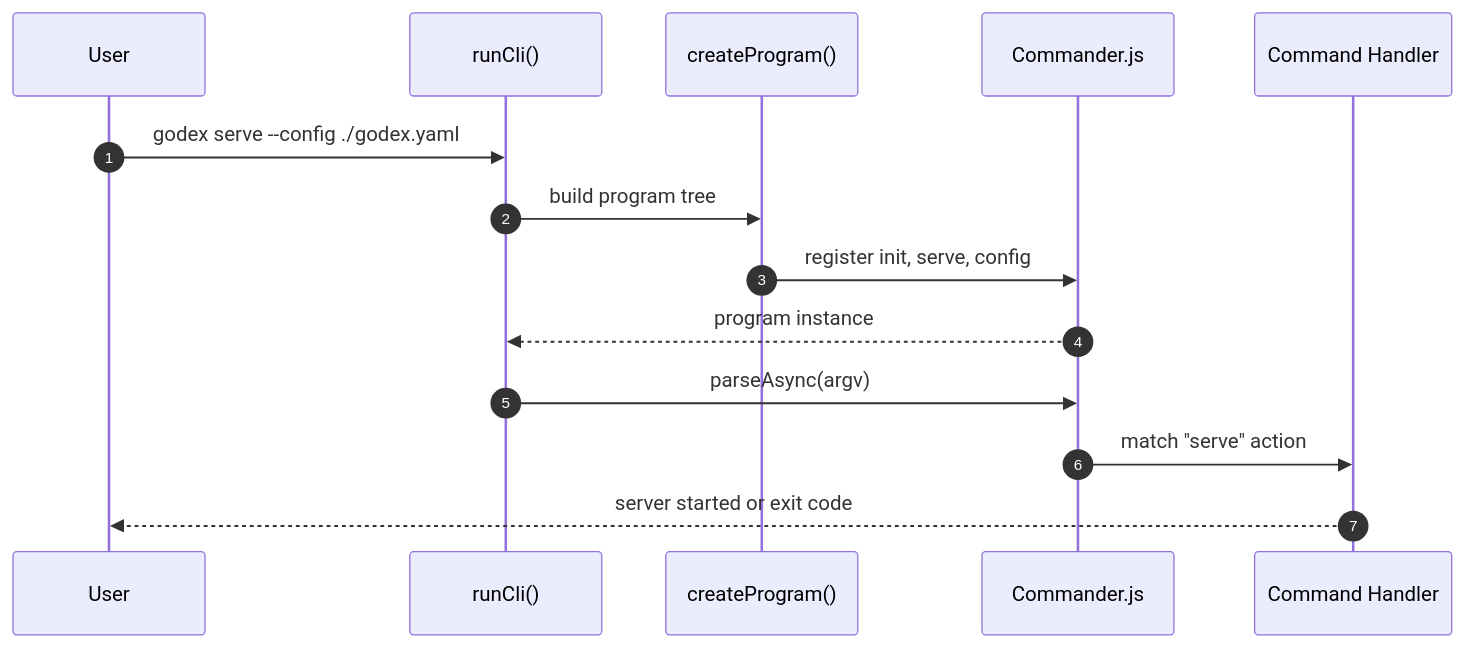
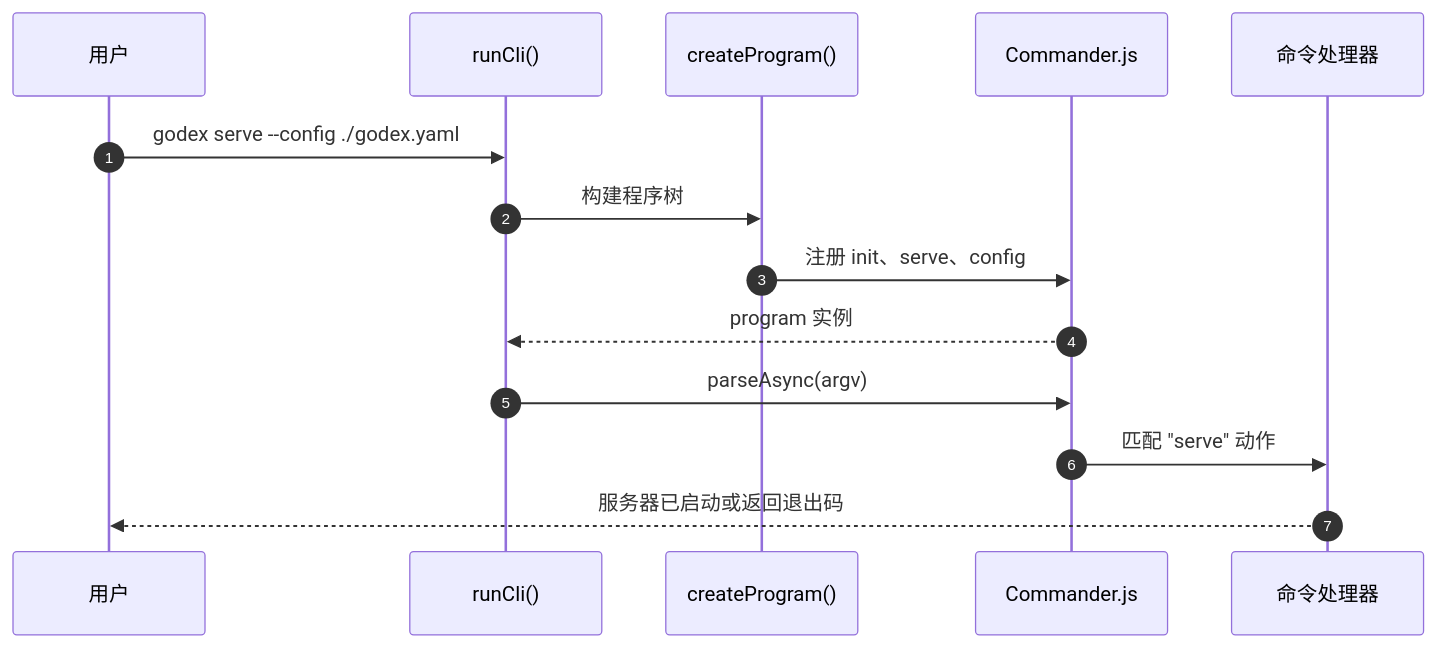
One commit to Ahoo-Wang/GodeX changed the second of 4 diagrams in wiki/zh/01-getting-started/cli.md. Above: the diagram before and after it, drawn with Mermaid. The commit also changed other lines of this file and 36 other files, not shown here.

````diff
--- a/wiki/zh/01-getting-started/cli.md
+++ b/wiki/zh/01-getting-started/cli.md
@@ -47,17 +47,17 @@
 ```mermaid
 sequenceDiagram
     autonumber
-    participant User
+    participant User as 用户
     participant runCli as runCli()
     participant createProgram as createProgram()
     participant Commander as Commander.js
-    participant Handler as Command Handler
+    participant Handler as 命令处理器
 
     User->>runCli: godex serve --config ./godex.yaml
-    runCli->>createProgram: build program tree
-    createProgram->>Commander: register init, serve, config
-    Commander-->>runCli: program instance
+    runCli->>createProgram: 构建程序树
+    createProgram->>Commander: 注册 init、serve、config
+    Commander-->>runCli: program 实例
     runCli->>Commander: parseAsync(argv)
-    Commander->>Handler: match "serve" action
-    Handler-->>User: server started or exit code
+    Commander->>Handler: 匹配 "serve" 动作
+    Handler-->>User: 服务器已启动或返回退出码
 ```
````
